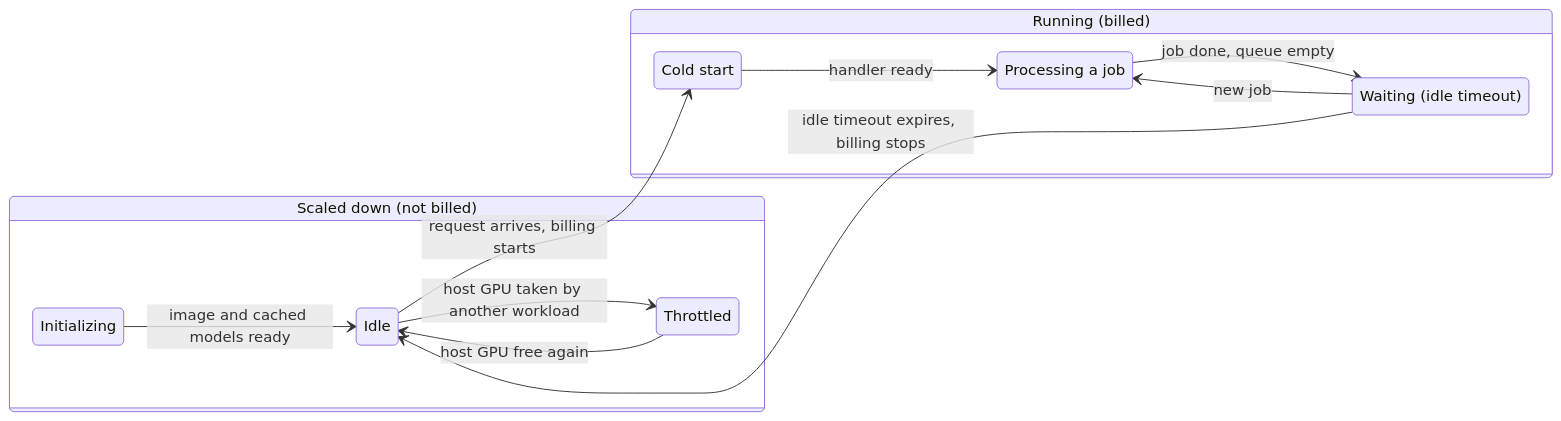
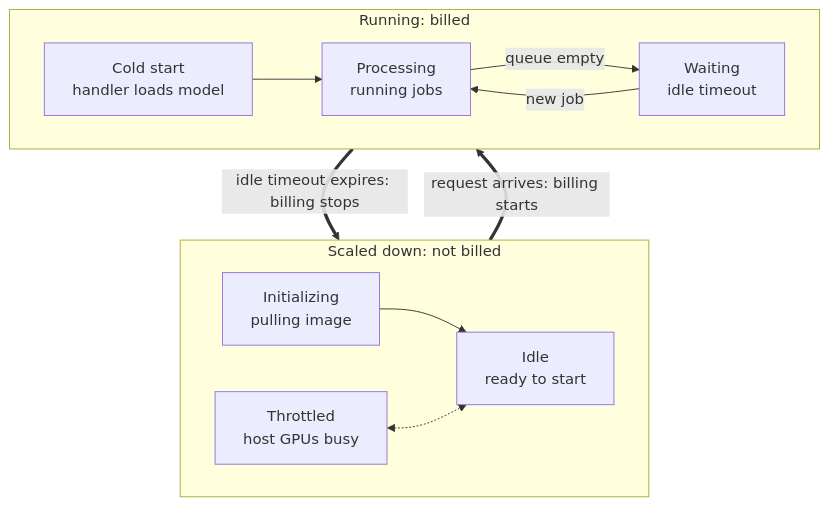
Before and after one commit to runpod/docs: the diagram in serverless/workers/overview.mdx, drawn with Mermaid.

Commit message:
docs: simplify worker lifecycle diagram into billed and not-billed groups

````diff
--- a/serverless/workers/overview.mdx
+++ b/serverless/workers/overview.mdx
@@ -52,19 +52,16 @@
 ```mermaid
-stateDiagram-v2
-    direction LR
-    state "Scaled down (not billed)" as down {
-        Initializing --> Idle: image and cached models ready
-        Idle --> Throttled: host GPU taken by another workload
-        Throttled --> Idle: host GPU free again
-    }
-    state "Running (billed)" as up {
-        ColdStart: Cold start
-        Processing: Processing a job
-        Waiting: Waiting (idle timeout)
-        ColdStart --> Processing: handler ready
-        Processing --> Waiting: job done, queue empty
-        Waiting --> Processing: new job
-    }
-    Idle --> ColdStart: request arrives, billing starts
-    Waiting --> Idle: idle timeout expires, billing stops
+flowchart TB
+    subgraph down["Scaled down: not billed"]
+        direction LR
+        init["Initializing<br/>pulling image"] --> idle["Idle<br/>ready to start"]
+        throttled["Throttled<br/>host GPUs busy"] <-.-> idle
+    end
+    subgraph up["Running: billed"]
+        direction LR
+        cold["Cold start<br/>handler loads model"] --> proc["Processing<br/>running jobs"]
+        proc -- "queue empty" --> wait["Waiting<br/>idle timeout"]
+        wait -- "new job" --> proc
+    end
+    down == "request arrives: billing starts" ==> up
+    up == "idle timeout expires: billing stops" ==> down
 ```
````
